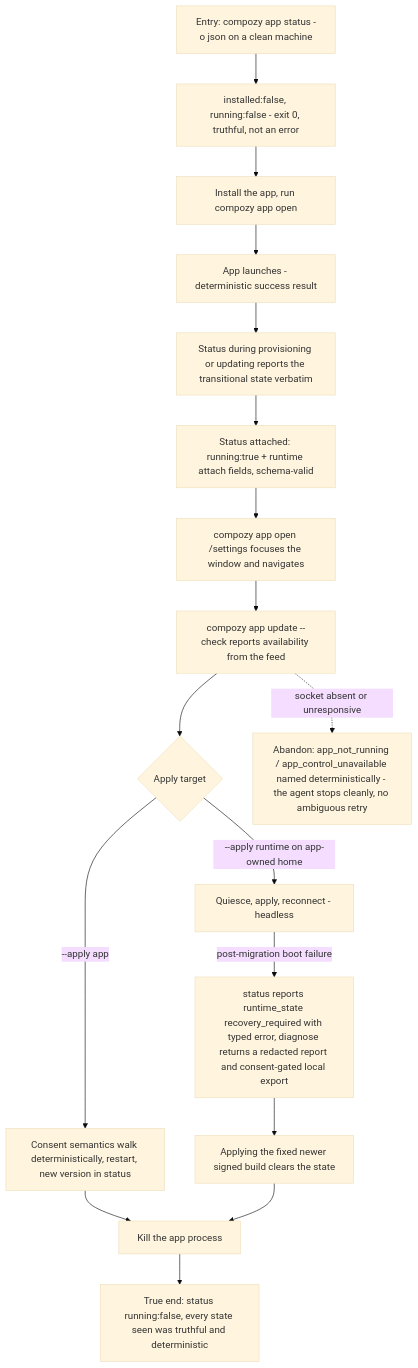
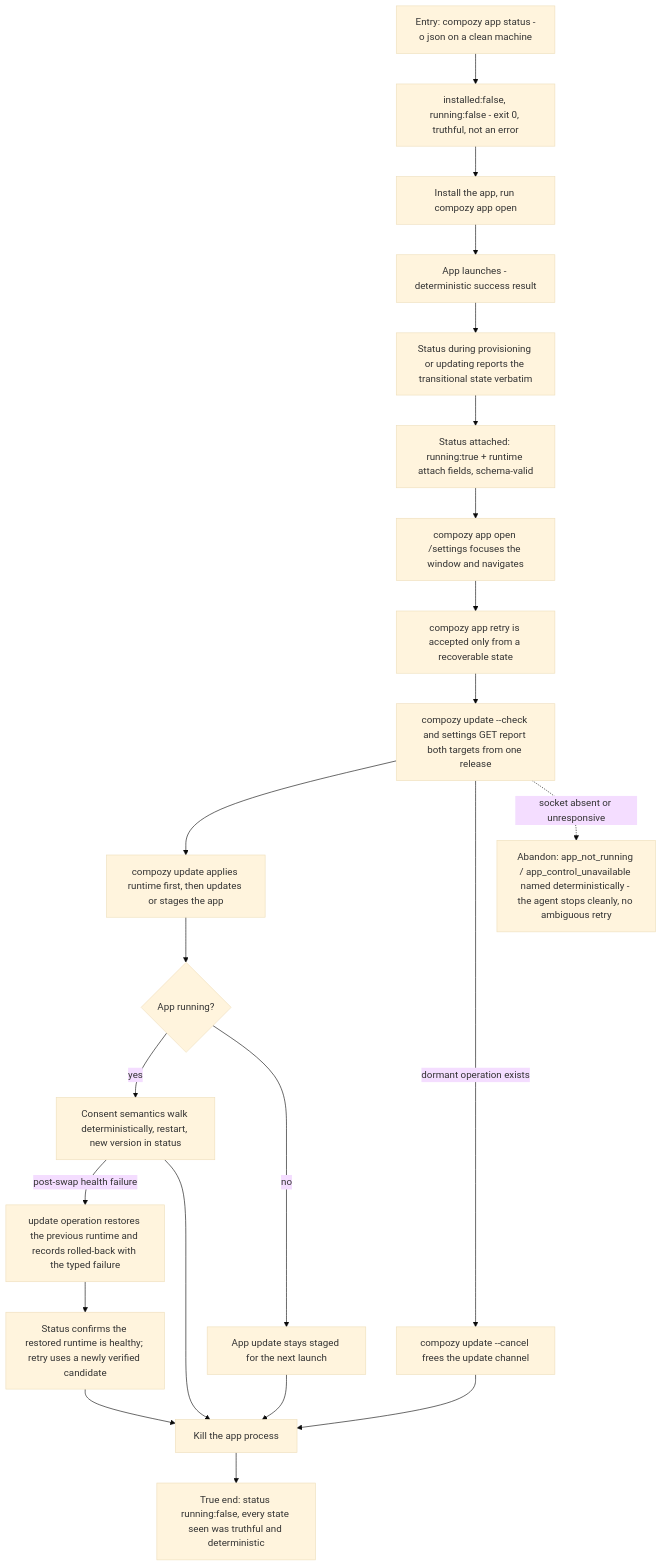
The diagram in docs/qa/journeys/J-desktop-agent-headless.md (compozy/compozy), drawn with Mermaid (base theme) before and after one commit. The commit also changed other lines of this file and 517 other files, not shown here.

````diff
--- a/docs/qa/journeys/J-desktop-agent-headless.md
+++ b/docs/qa/journeys/J-desktop-agent-headless.md
@@ -7,19 +8,24 @@
 ```mermaid
 flowchart TD
     A[Entry: compozy app status -o json on a clean machine] --> B[installed:false, running:false - exit 0, truthful, not an error]
     B --> C[Install the app, run compozy app open]
     C --> D[App launches - deterministic success result]
     D --> E[Status during provisioning or updating reports the transitional state verbatim]
     E --> F[Status attached: running:true + runtime attach fields, schema-valid]
     F --> G[compozy app open /settings focuses the window and navigates]
-    G --> H[compozy app update --check reports availability from the feed]
-    H --> I{Apply target}
-    I -->|--apply app| J[Consent semantics walk deterministically, restart, new version in status]
-    I -->|--apply runtime on app-owned home| K[Quiesce, apply, reconnect - headless]
-    K -->|post-migration boot failure| L[status reports runtime_state recovery_required with typed error, diagnose returns a redacted report and consent-gated local export]
-    L --> M[Applying the fixed newer signed build clears the state]
-    J --> N[Kill the app process]
+    G --> G1[compozy app retry is accepted only from a recoverable state]
+    G1 --> H[compozy update --check and settings GET report both targets from one release]
+    H --> I[compozy update applies runtime first, then updates or stages the app]
+    I --> J{App running?}
+    J -->|yes| K[Consent semantics walk deterministically, restart, new version in status]
+    J -->|no| P[App update stays staged for the next launch]
+    H -->|dormant operation exists| Q[compozy update --cancel frees the update channel]
+    K -->|post-swap health failure| L[update operation restores the previous runtime and records rolled-back with the typed failure]
+    L --> M[Status confirms the restored runtime is healthy; retry uses a newly verified candidate]
+    K --> N[Kill the app process]
+    P --> N
+    Q --> N
     M --> N
     N --> O[True end: status running:false, every state seen was truthful and deterministic]
     H -.->|socket absent or unresponsive| X1[Abandon: app_not_running / app_control_unavailable named deterministically - the agent stops cleanly, no ambiguous retry]
 ```
````
